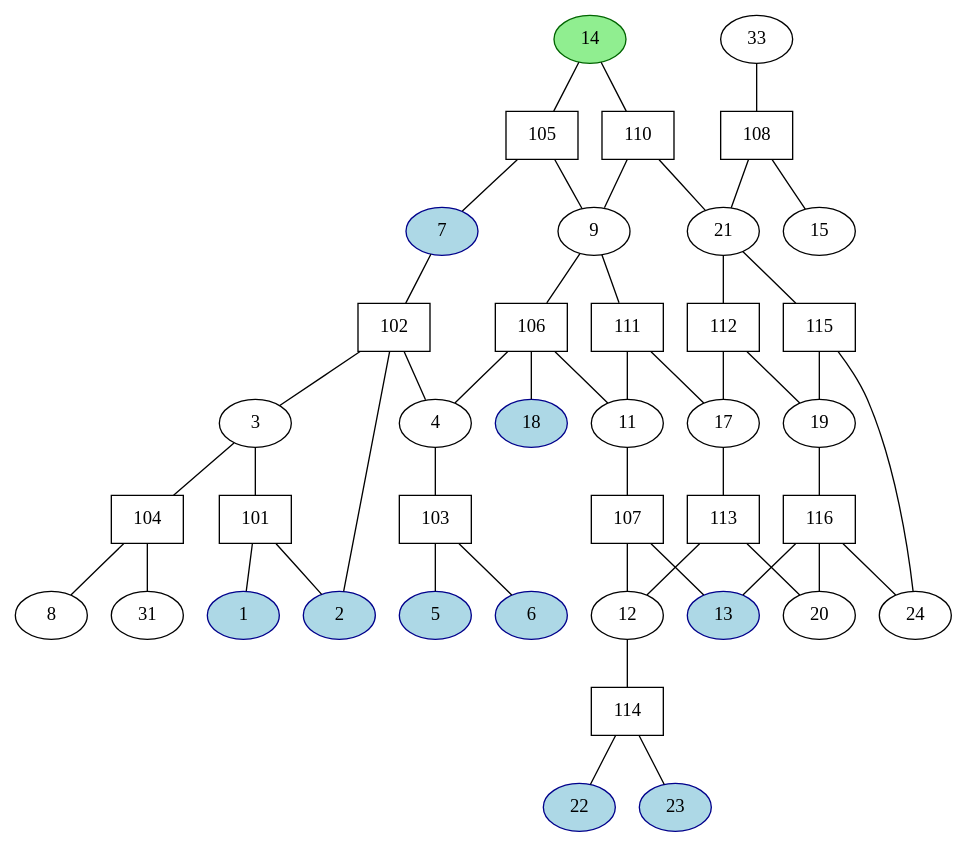
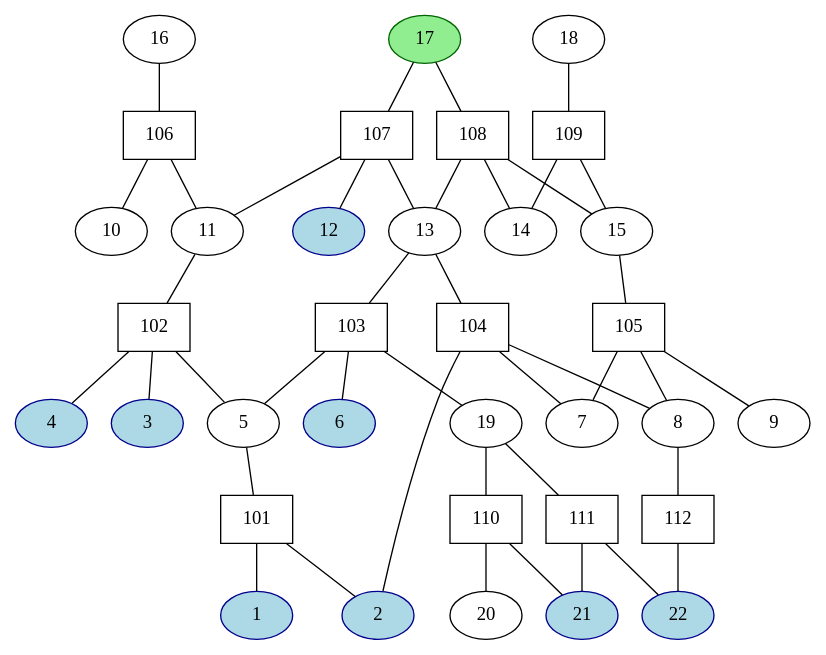
Before and after one commit to kovkir/bmstu-expert-systems: the diagram in lab_02/docs/initial_graph.gv, drawn with Graphviz. The commit also changed 7 other files, not shown here.

```diff
--- a/lab_02/docs/initial_graph.gv
+++ b/lab_02/docs/initial_graph.gv
@@ -1,90 +1,78 @@
 // lab_02_initial_graph
 digraph {
 	101 [shape=rectangle]
-	3 -> 101 [arrowhead=none constraint=true]
+	5 -> 101 [arrowhead=none constraint=true]
 	101 -> 1 [arrowhead=none constraint=true]
 	101 -> 2 [arrowhead=none constraint=true]
 	102 [shape=rectangle]
-	7 -> 102 [arrowhead=none constraint=true]
+	11 -> 102 [arrowhead=none constraint=true]
 	102 -> 3 [arrowhead=none constraint=true]
-	102 -> 2 [arrowhead=none constraint=true]
 	102 -> 4 [arrowhead=none constraint=true]
+	102 -> 5 [arrowhead=none constraint=true]
 	103 [shape=rectangle]
-	4 -> 103 [arrowhead=none constraint=true]
+	13 -> 103 [arrowhead=none constraint=true]
 	103 -> 5 [arrowhead=none constraint=true]
 	103 -> 6 [arrowhead=none constraint=true]
+	103 -> 19 [arrowhead=none constraint=true]
 	104 [shape=rectangle]
-	3 -> 104 [arrowhead=none constraint=true]
+	13 -> 104 [arrowhead=none constraint=true]
+	104 -> 2 [arrowhead=none constraint=true]
+	104 -> 7 [arrowhead=none constraint=true]
 	104 -> 8 [arrowhead=none constraint=true]
-	104 -> 31 [arrowhead=none constraint=true]
 	105 [shape=rectangle]
-	14 -> 105 [arrowhead=none constraint=true]
+	15 -> 105 [arrowhead=none constraint=true]
 	105 -> 7 [arrowhead=none constraint=true]
+	105 -> 8 [arrowhead=none constraint=true]
 	105 -> 9 [arrowhead=none constraint=true]
 	106 [shape=rectangle]
-	9 -> 106 [arrowhead=none constraint=true]
-	106 -> 4 [arrowhead=none constraint=true]
-	106 -> 18 [arrowhead=none constraint=true]
+	16 -> 106 [arrowhead=none constraint=true]
+	106 -> 10 [arrowhead=none constraint=true]
 	106 -> 11 [arrowhead=none constraint=true]
 	107 [shape=rectangle]
-	11 -> 107 [arrowhead=none constraint=true]
+	17 -> 107 [arrowhead=none constraint=true]
+	107 -> 11 [arrowhead=none constraint=true]
 	107 -> 12 [arrowhead=none constraint=true]
 	107 -> 13 [arrowhead=none constraint=true]
 	108 [shape=rectangle]
-	33 -> 108 [arrowhead=none constraint=true]
-	108 -> 21 [arrowhead=none constraint=true]
+	17 -> 108 [arrowhead=none constraint=true]
+	108 -> 13 [arrowhead=none constraint=true]
+	108 -> 14 [arrowhead=none constraint=true]
 	108 -> 15 [arrowhead=none constraint=true]
+	109 [shape=rectangle]
+	18 -> 109 [arrowhead=none constraint=true]
+	109 -> 14 [arrowhead=none constraint=true]
+	109 -> 15 [arrowhead=none constraint=true]
 	110 [shape=rectangle]
-	14 -> 110 [arrowhead=none constraint=true]
-	110 -> 9 [arrowhead=none constraint=true]
+	19 -> 110 [arrowhead=none constraint=true]
+	110 -> 20 [arrowhead=none constraint=true]
 	110 -> 21 [arrowhead=none constraint=true]
 	111 [shape=rectangle]
-	9 -> 111 [arrowhead=none constraint=true]
-	111 -> 11 [arrowhead=none constraint=true]
-	111 -> 17 [arrowhead=none constraint=true]
+	19 -> 111 [arrowhead=none constraint=true]
+	111 -> 21 [arrowhead=none constraint=true]
+	111 -> 22 [arrowhead=none constraint=true]
 	112 [shape=rectangle]
-	21 -> 112 [arrowhead=none constraint=true]
-	112 -> 17 [arrowhead=none constraint=true]
-	112 -> 19 [arrowhead=none constraint=true]
-	113 [shape=rectangle]
-	17 -> 113 [arrowhead=none constraint=true]
-	113 -> 12 [arrowhead=none constraint=true]
-	113 -> 20 [arrowhead=none constraint=true]
-	114 [shape=rectangle]
-	12 -> 114 [arrowhead=none constraint=true]
-	114 -> 22 [arrowhead=none constraint=true]
-	114 -> 23 [arrowhead=none constraint=true]
-	115 [shape=rectangle]
-	21 -> 115 [arrowhead=none constraint=true]
-	115 -> 19 [arrowhead=none constraint=true]
-	115 -> 24 [arrowhead=none constraint=true]
-	116 [shape=rectangle]
-	19 -> 116 [arrowhead=none constraint=true]
-	116 -> 13 [arrowhead=none constraint=true]
-	116 -> 20 [arrowhead=none constraint=true]
-	116 -> 24 [arrowhead=none constraint=true]
-	3
+	8 -> 112 [arrowhead=none constraint=true]
+	112 -> 22 [arrowhead=none constraint=true]
+	5
 	1 [color=darkblue fillcolor=lightblue style=filled]
 	2 [color=darkblue fillcolor=lightblue style=filled]
-	7 [color=darkblue fillcolor=lightblue style=filled]
-	4
-	5 [color=darkblue fillcolor=lightblue style=filled]
+	11
+	3 [color=darkblue fillcolor=lightblue style=filled]
+	4 [color=darkblue fillcolor=lightblue style=filled]
+	13
 	6 [color=darkblue fillcolor=lightblue style=filled]
+	19
+	7
 	8
-	31
-	14 [color=darkgreen fillcolor=lightgreen style=filled]
+	15
 	9
-	18 [color=darkblue fillcolor=lightblue style=filled]
-	11
-	12
-	13 [color=darkblue fillcolor=lightblue style=filled]
-	33
-	21
-	15
-	17
-	19
+	16
+	10
+	17 [color=darkgreen fillcolor=lightgreen style=filled]
+	12 [color=darkblue fillcolor=lightblue style=filled]
+	14
+	18
 	20
+	21 [color=darkblue fillcolor=lightblue style=filled]
 	22 [color=darkblue fillcolor=lightblue style=filled]
-	23 [color=darkblue fillcolor=lightblue style=filled]
-	24
 }
```
